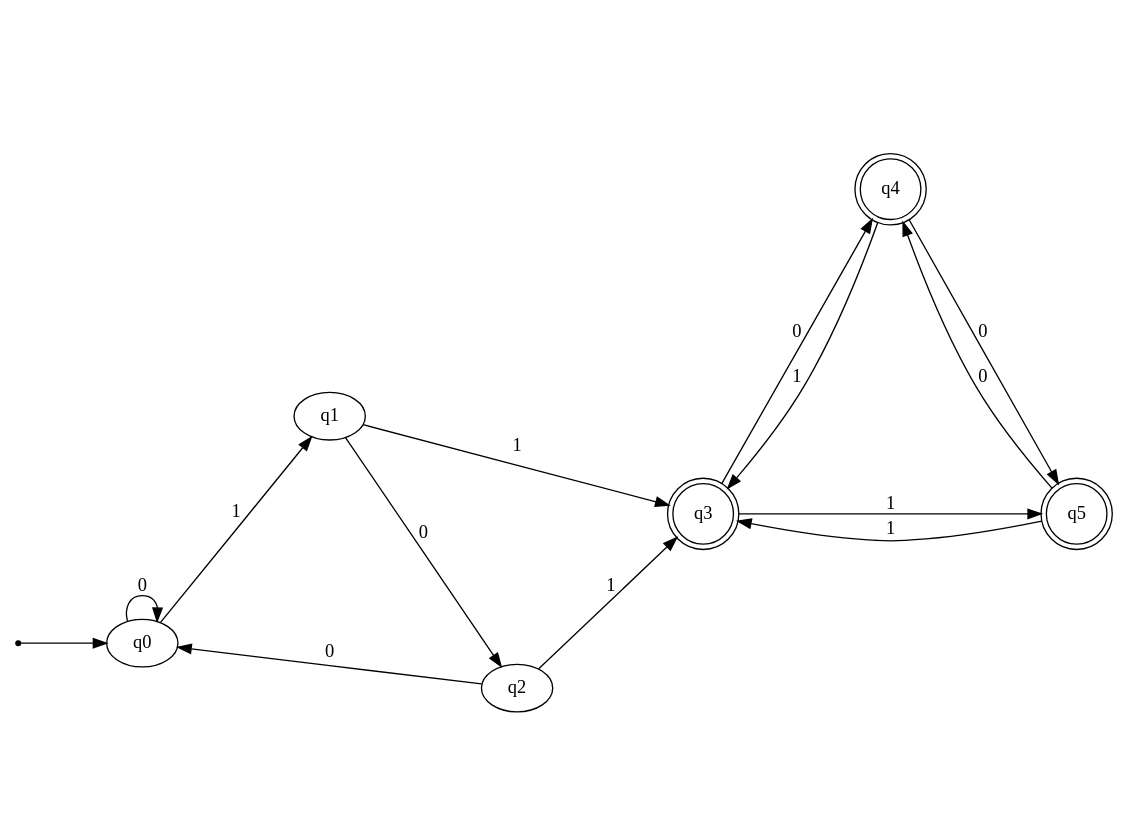
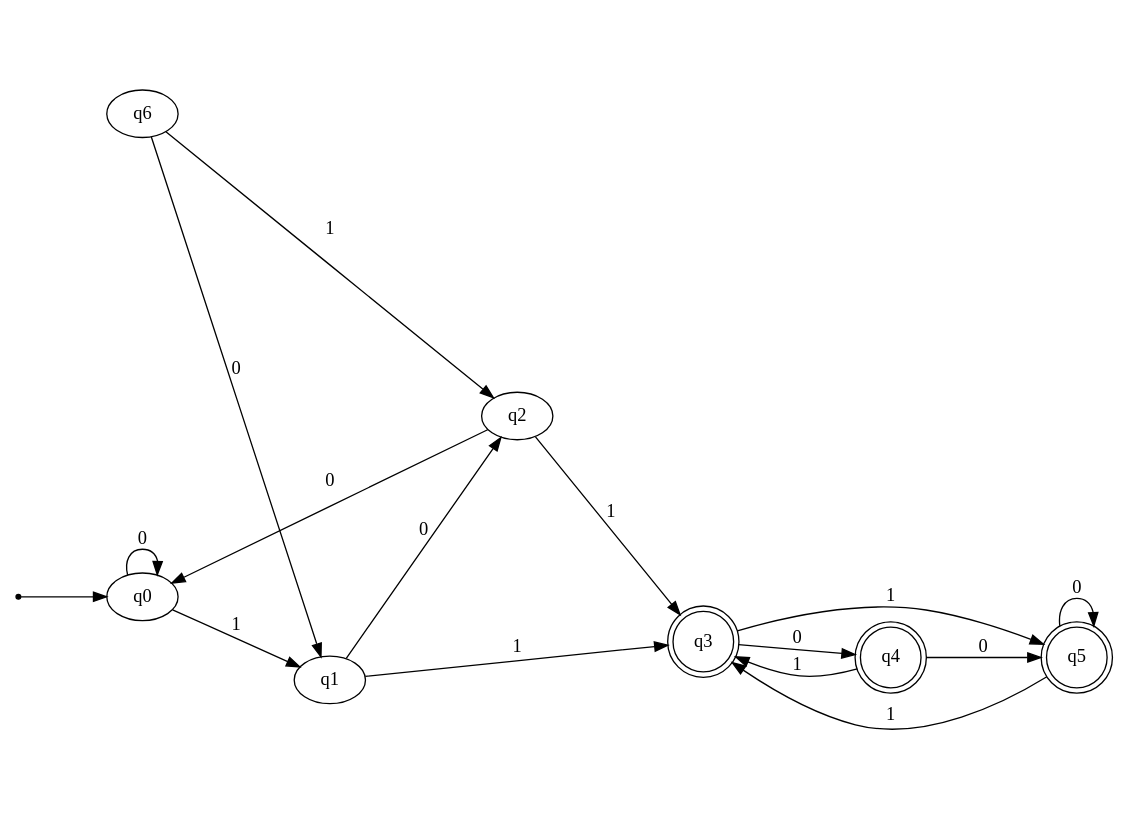
The diagram in afd_inicial.gv (dbreno/DFA-MINIMIZER), drawn with Graphviz before and after one commit. The commit also changed 4 other files, not shown here.

```diff
--- a/afd_inicial.gv
+++ b/afd_inicial.gv
@@ -1,26 +1,28 @@
 // afd_inicial
 digraph {
 	rankdir=LR
 	size="11.69,8.27"
 	ratio=fill
 	inicio [label="" shape=point]
 	q0 [label=q0]
 	q1 [label=q1]
 	q2 [label=q2]
 	q3 [label=q3 shape=doublecircle]
 	q4 [label=q4 shape=doublecircle]
 	q5 [label=q5 shape=doublecircle]
 	inicio -> q0
 	q0 -> q0 [label=0]
 	q0 -> q1 [label=1]
 	q1 -> q2 [label=0]
 	q1 -> q3 [label=1]
 	q2 -> q0 [label=0]
 	q2 -> q3 [label=1]
 	q3 -> q4 [label=0]
 	q3 -> q5 [label=1]
 	q4 -> q5 [label=0]
 	q4 -> q3 [label=1]
-	q5 -> q4 [label=0]
+	q5 -> q5 [label=0]
 	q5 -> q3 [label=1]
+	q6 -> q1 [label=0]
+	q6 -> q2 [label=1]
 }
```
